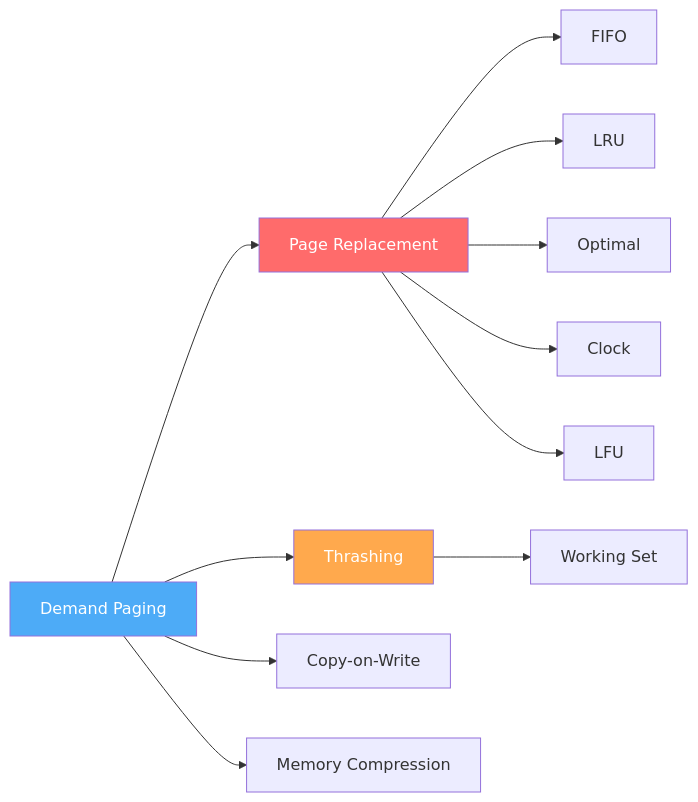
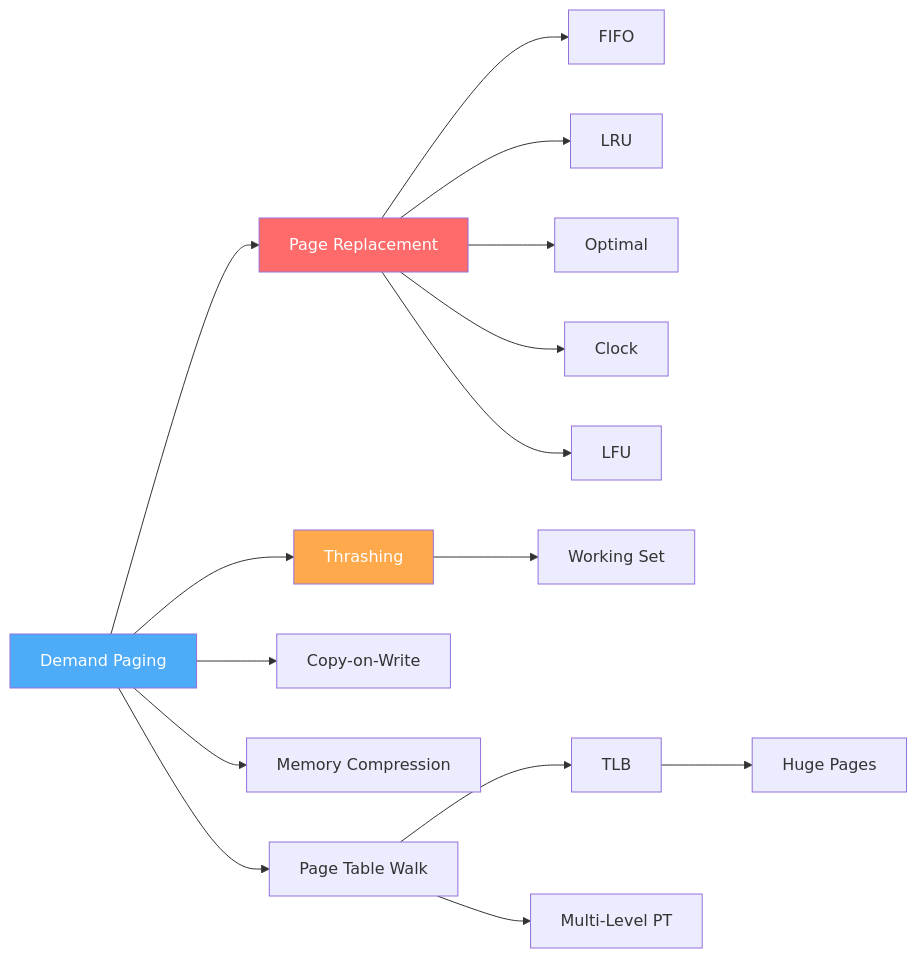
The seventh of 7 diagrams in src/os/virtual-memory/README.md (vanos001/placement_prep), drawn with Mermaid before and after one commit. The commit also changed other lines of this file and 31 other files, not shown here.

````diff
--- a/src/os/virtual-memory/README.md
+++ b/src/os/virtual-memory/README.md
@@ -143,17 +432,21 @@
 ```mermaid
 graph LR
     A[Demand Paging] --> B[Page Replacement]
     B --> C[FIFO]
     B --> D[LRU]
     B --> E[Optimal]
     B --> F[Clock]
     B --> G[LFU]
     A --> H[Thrashing]
     H --> I[Working Set]
     A --> J[Copy-on-Write]
     A --> K[Memory Compression]
+    A --> L[Page Table Walk]
+    L --> M[TLB]
+    L --> N[Multi-Level PT]
+    M --> O[Huge Pages]
     
     style A fill:#4dabf7,color:#fff
     style B fill:#ff6b6b,color:#fff
     style H fill:#ffa94d,color:#fff
 ```
````
